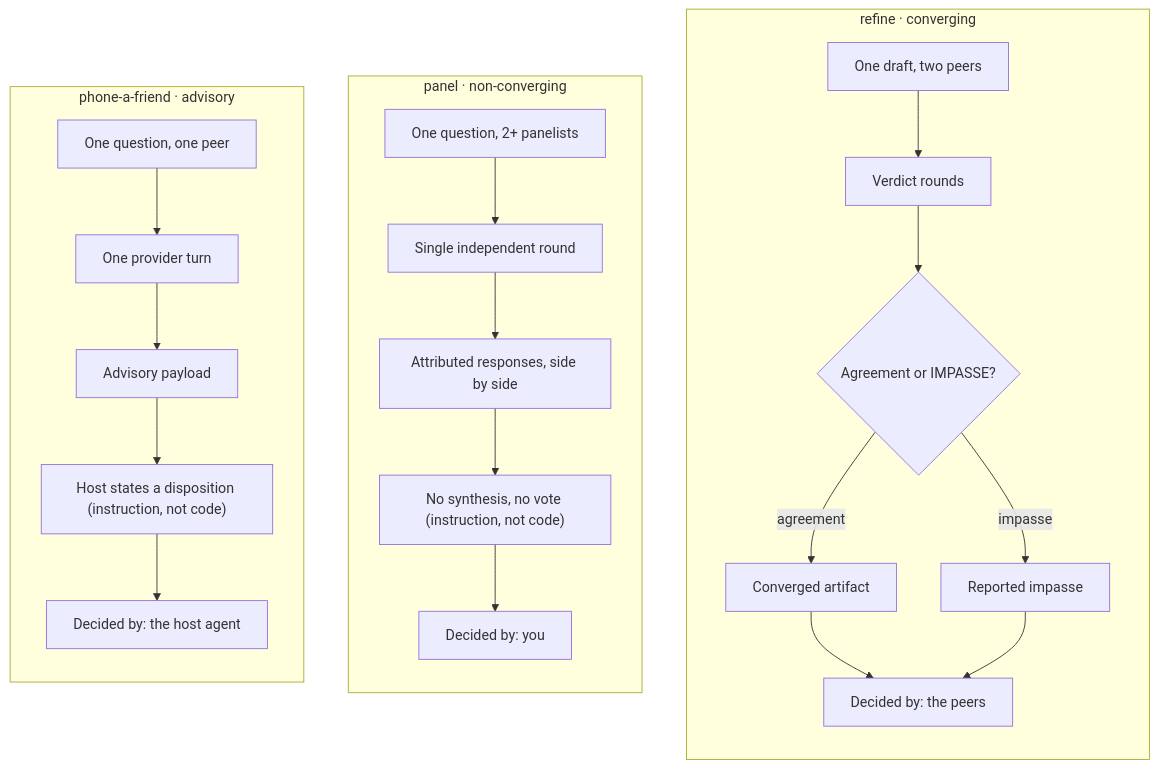
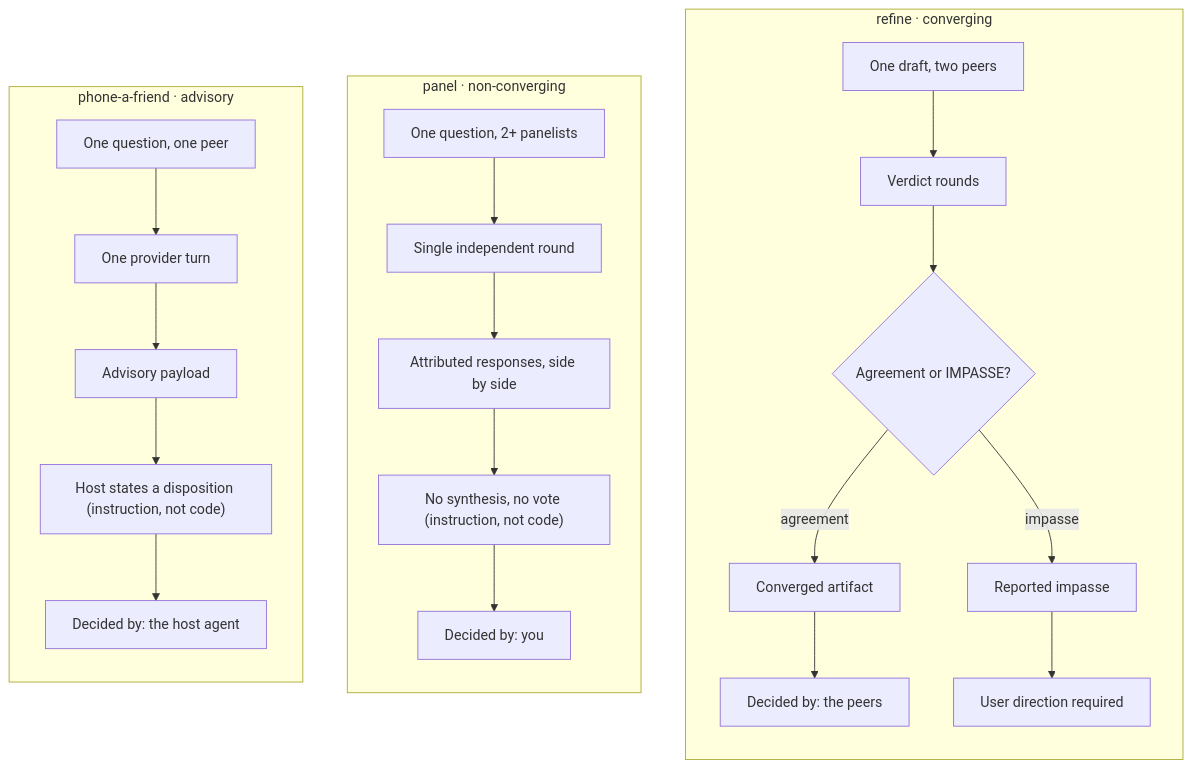
Before and after one commit to tkstang/skills: the second of 3 diagrams in documentation/docs/user-guide/consensus/index.md, drawn with Mermaid. The commit also changed other lines of this file and 6 other files, not shown here.

Commit message:
docs: clarify diagram boundaries and finish review follow-ups

````diff
--- a/documentation/docs/user-guide/consensus/index.md
+++ b/documentation/docs/user-guide/consensus/index.md
@@ -137,35 +137,36 @@
 ```mermaid
 flowchart TB
   subgraph refine["refine · converging"]
     direction TB
     R0["One draft, two peers"]
     R1["Verdict rounds"]
     R2{"Agreement or IMPASSE?"}
     R3["Converged artifact"]
     R4["Reported impasse"]
     RW["Decided by: the peers"]
+    RU["User direction required"]
     R0 --> R1 --> R2
     R2 -->|agreement| R3
     R2 -->|impasse| R4
     R3 --> RW
-    R4 --> RW
+    R4 --> RU
   end
   subgraph panel["panel · non-converging"]
     direction TB
     N0["One question, 2+ panelists"]
     N1["Single independent round"]
     N2["Attributed responses, side by side"]
     N3["No synthesis, no vote (instruction, not code)"]
     NW["Decided by: you"]
     N0 --> N1 --> N2 --> N3 --> NW
   end
   subgraph phone["phone-a-friend · advisory"]
     direction TB
     F0["One question, one peer"]
     F1["One provider turn"]
     F2["Advisory payload"]
     F3["Host states a disposition (instruction, not code)"]
     FW["Decided by: the host agent"]
     F0 --> F1 --> F2 --> F3 --> FW
   end
 ```
````
